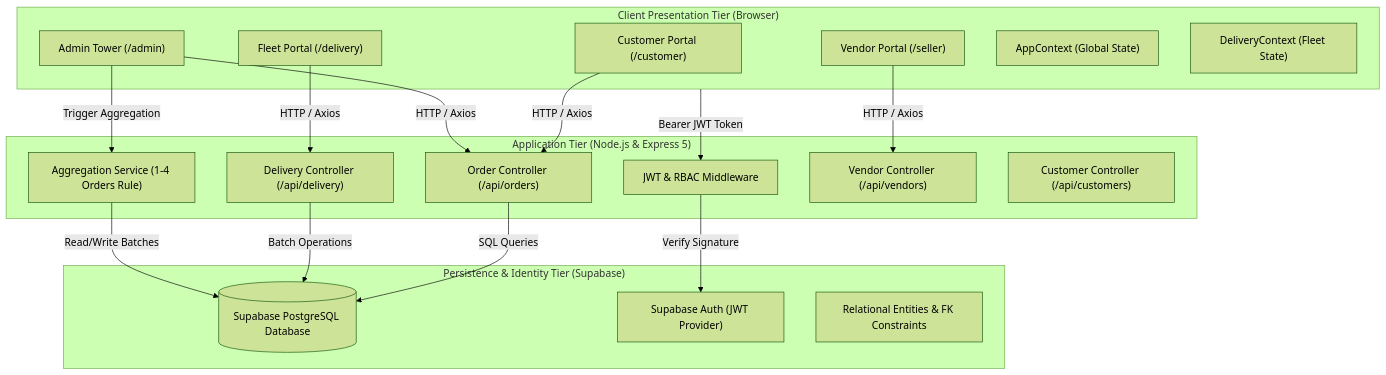
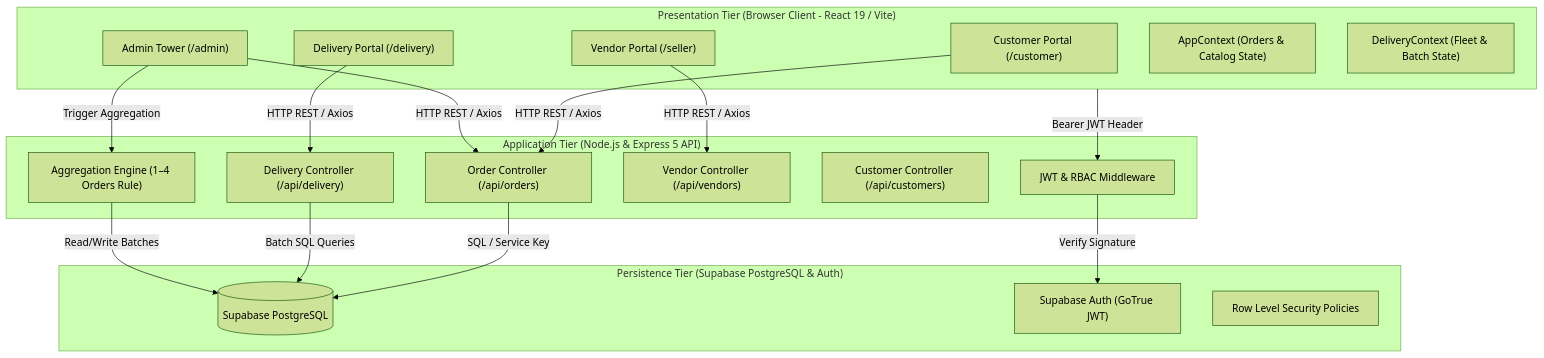
The first of 4 diagrams in Micro_Logistics_Final_Review_Report.md (abishekasivaram/Micro-Logistics), drawn with Mermaid (forest theme) before and after one commit. The commit also changed other lines of this file and 6 other files, not shown here.

````diff
--- a/Micro_Logistics_Final_Review_Report.md
+++ b/Micro_Logistics_Final_Review_Report.md
@@ -117,38 +138,38 @@
 ```mermaid
 flowchart TD
-    subgraph ClientLayer ["Client Presentation Tier (Browser)"]
-        CustomerUI["Customer Portal (/customer)"]
-        VendorUI["Vendor Portal (/seller)"]
-        DeliveryUI["Fleet Portal (/delivery)"]
-        AdminUI["Admin Tower (/admin)"]
-        AppContext["AppContext (Global State)"]
-        DeliveryContext["DeliveryContext (Fleet State)"]
+    subgraph PresentationTier ["Presentation Tier (Browser Client - React 19 / Vite)"]
+        CustomerPortal["Customer Portal (/customer)"]
+        VendorPortal["Vendor Portal (/seller)"]
+        DeliveryPortal["Delivery Portal (/delivery)"]
+        AdminPortal["Admin Tower (/admin)"]
+        AppContext["AppContext (Orders & Catalog State)"]
+        DeliveryContext["DeliveryContext (Fleet & Batch State)"]
     end
 
-    subgraph APILayer ["Application Tier (Node.js & Express 5)"]
-        AuthMiddleware["JWT & RBAC Middleware"]
-        OrderRoutes["Order Controller (/api/orders)"]
-        DeliveryRoutes["Delivery Controller (/api/delivery)"]
-        AggregationEngine["Aggregation Service (1-4 Orders Rule)"]
-        VendorRoutes["Vendor Controller (/api/vendors)"]
-        CustomerRoutes["Customer Controller (/api/customers)"]
+    subgraph ApplicationTier ["Application Tier (Node.js & Express 5 API)"]
+        AuthGuard["JWT & RBAC Middleware"]
+        OrderCtrl["Order Controller (/api/orders)"]
+        DeliveryCtrl["Delivery Controller (/api/delivery)"]
+        VendorCtrl["Vendor Controller (/api/vendors)"]
+        CustCtrl["Customer Controller (/api/customers)"]
+        AggregationEngine["Aggregation Engine (1–4 Orders Rule)"]
     end
 
-    subgraph DataLayer ["Persistence & Identity Tier (Supabase)"]
-        PostgreSQL[("Supabase PostgreSQL Database")]
-        AuthService["Supabase Auth (JWT Provider)"]
-        StorageEngine["Relational Entities & FK Constraints"]
+    subgraph DataTier ["Persistence Tier (Supabase PostgreSQL & Auth)"]
+        PostgresDB[("Supabase PostgreSQL")]
+        AuthService["Supabase Auth (GoTrue JWT)"]
+        RLS["Row Level Security Policies"]
     end
 
-    CustomerUI -->|HTTP / Axios| OrderRoutes
-    VendorUI -->|HTTP / Axios| VendorRoutes
-    DeliveryUI -->|HTTP / Axios| DeliveryRoutes
-    AdminUI -->|HTTP / Axios| OrderRoutes
-    AdminUI -->|Trigger Aggregation| AggregationEngine
+    CustomerPortal -->|HTTP REST / Axios| OrderCtrl
+    VendorPortal -->|HTTP REST / Axios| VendorCtrl
+    DeliveryPortal -->|HTTP REST / Axios| DeliveryCtrl
+    AdminPortal -->|HTTP REST / Axios| OrderCtrl
+    AdminPortal -->|Trigger Aggregation| AggregationEngine
 
-    ClientLayer -->|Bearer JWT Token| AuthMiddleware
-    AuthMiddleware -->|Verify Signature| AuthService
-    OrderRoutes -->|SQL Queries| PostgreSQL
-    DeliveryRoutes -->|Batch Operations| PostgreSQL
-    AggregationEngine -->|Read/Write Batches| PostgreSQL
+    PresentationTier -->|Bearer JWT Header| AuthGuard
+    AuthGuard -->|Verify Signature| AuthService
+    OrderCtrl -->|SQL / Service Key| PostgresDB
+    DeliveryCtrl -->|Batch SQL Queries| PostgresDB
+    AggregationEngine -->|Read/Write Batches| PostgresDB
 ```
````
